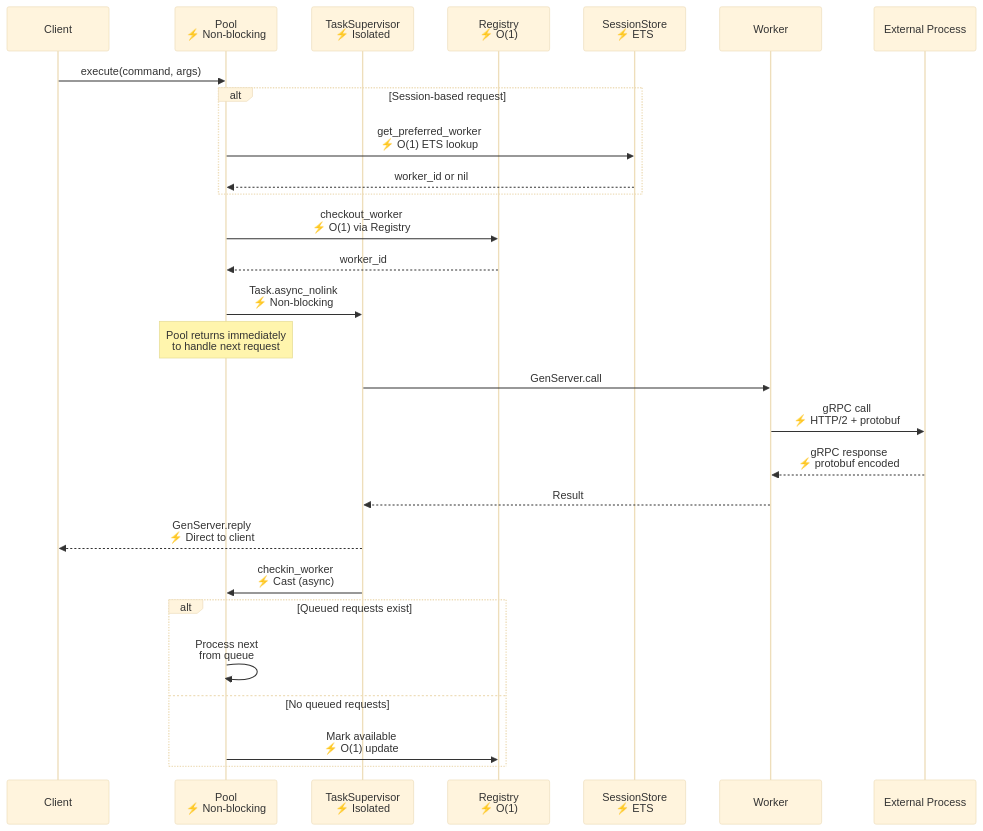
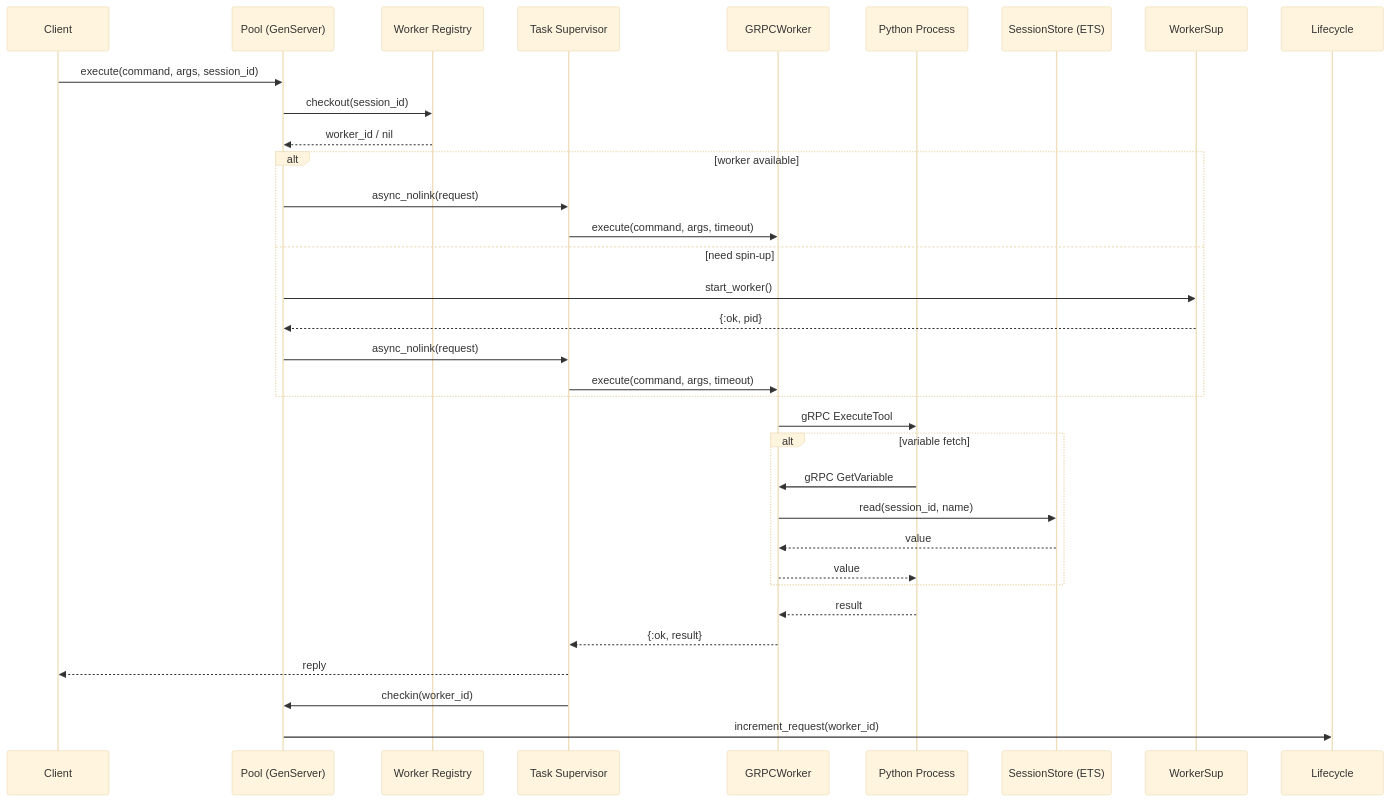
One commit to nshkrdotcom/snakepit changed the second of 3 diagrams in DIAGS.md. Above: the diagram before and after it, drawn with Mermaid (base theme). The commit also changed other lines of this file and 56 other files, not shown here.

````diff
--- a/DIAGS.md
+++ b/DIAGS.md
@@ -100,37 +77,37 @@
 ```mermaid
 sequenceDiagram
-    participant C as Client
-    participant P as Pool<br/>⚡ Non-blocking
-    participant TS as TaskSupervisor<br/>⚡ Isolated
-    participant R as Registry<br/>⚡ O(1)
-    participant S as SessionStore<br/>⚡ ETS
-    participant W as Worker
-    participant E as External Process
-    
-    C->>P: execute(command, args)
-    
-    alt Session-based request
-        P->>S: get_preferred_worker<br/>⚡ O(1) ETS lookup
-        S-->>P: worker_id or nil
+    participant Client as Client
+    participant Pool as Pool (GenServer)
+    participant Registry as Worker Registry
+    participant TaskSup as Task Supervisor
+    participant Worker as GRPCWorker
+    participant Python as Python Process
+    participant Store as SessionStore (ETS)
+
+    Client->>Pool: execute(command, args, session_id)
+    Pool->>Registry: checkout(session_id)
+    Registry-->>Pool: worker_id / nil
+    alt worker available
+        Pool->>TaskSup: async_nolink(request)
+        TaskSup->>Worker: execute(command, args, timeout)
+    else need spin-up
+        Pool->>WorkerSup: start_worker()
+        WorkerSup-->>Pool: {:ok, pid}
+        Pool->>TaskSup: async_nolink(request)
+        TaskSup->>Worker: execute(command, args, timeout)
     end
-    
-    P->>R: checkout_worker<br/>⚡ O(1) via Registry
-    R-->>P: worker_id
-    
-    P->>TS: Task.async_nolink<br/>⚡ Non-blocking
-    Note over P: Pool returns immediately<br/>to handle next request
-    
-    TS->>W: GenServer.call
-    W->>E: gRPC call<br/>⚡ HTTP/2 + protobuf
-    E-->>W: gRPC response<br/>⚡ protobuf encoded
-    W-->>TS: Result
-    TS-->>C: GenServer.reply<br/>⚡ Direct to client
-    
-    TS->>P: checkin_worker<br/>⚡ Cast (async)
-    
-    alt Queued requests exist
-        P->>P: Process next<br/>from queue
-    else No queued requests
-        P->>R: Mark available<br/>⚡ O(1) update
+
+    Worker->>Python: gRPC ExecuteTool
+    alt variable fetch
+        Python->>Worker: gRPC GetVariable
+        Worker->>Store: read(session_id, name)
+        Store-->>Worker: value
+        Worker-->>Python: value
     end
+
+    Python-->>Worker: result
+    Worker-->>TaskSup: {:ok, result}
+    TaskSup-->>Client: reply
+    TaskSup->>Pool: checkin(worker_id)
+    Pool->>Lifecycle: increment_request(worker_id)
 ```
````
